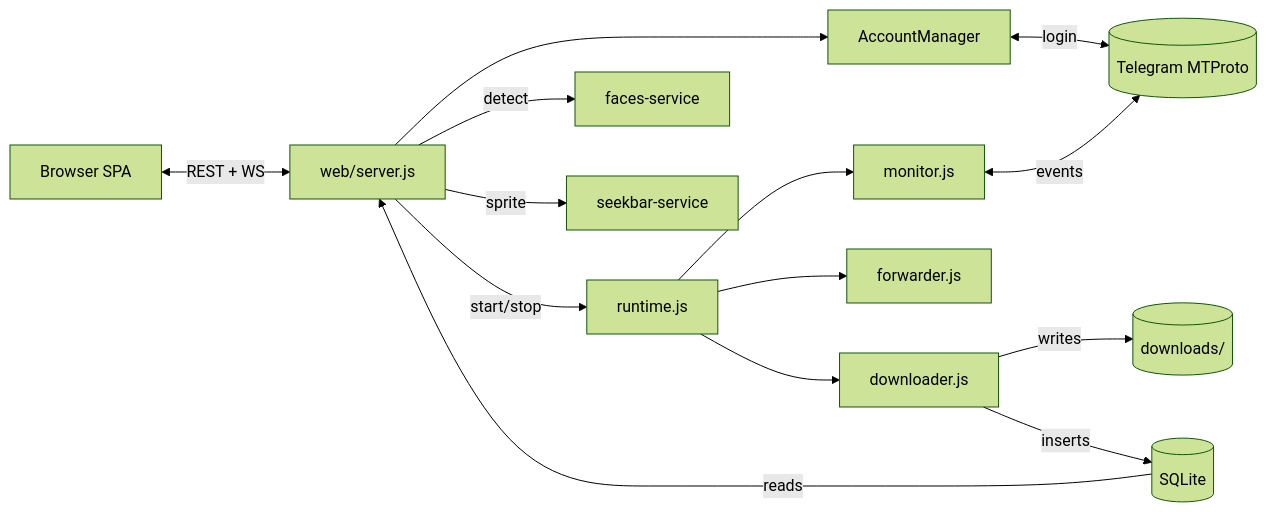
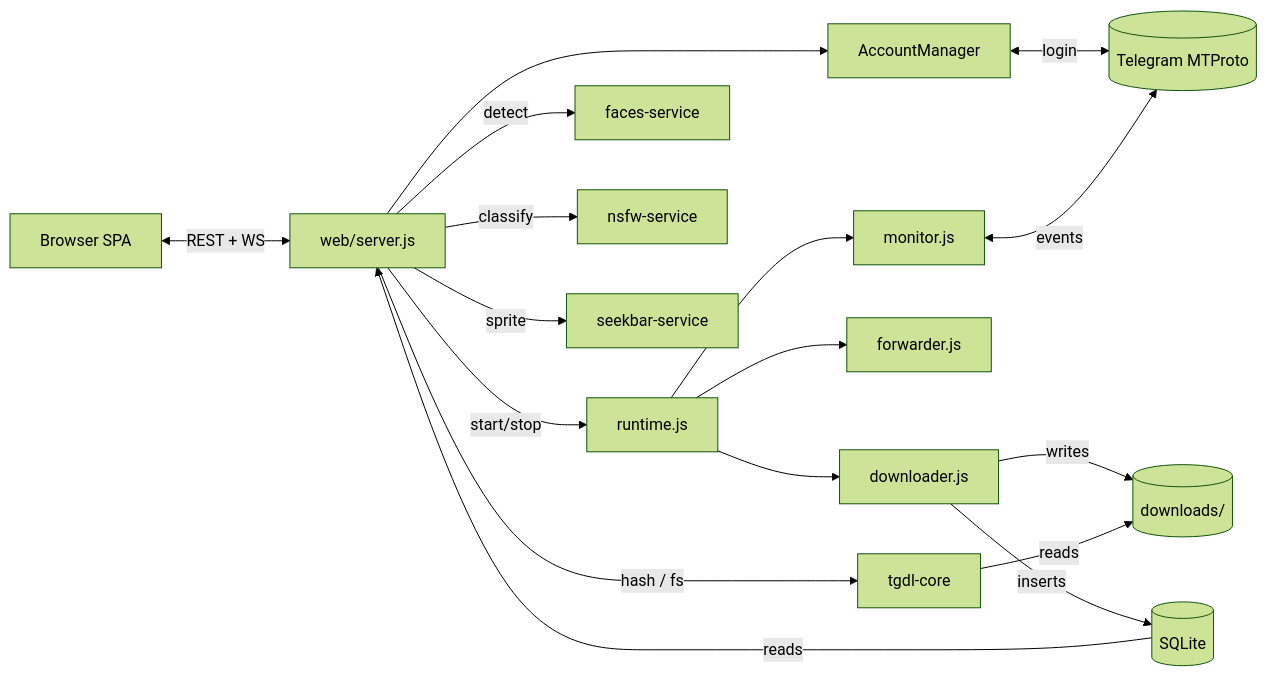
Before and after one commit to garyskk/telegram-media-downloader: the diagram in README.md, drawn with Mermaid (forest theme). The commit also changed other lines of this file and 500 other files, not shown here.

````diff
--- a/README.md
+++ b/README.md
@@ -180,27 +179,32 @@
 ```mermaid
 flowchart LR
     user[Browser SPA]
     server[web/server.js]
     runtime[runtime.js]
     monitor[monitor.js]
     downloader[downloader.js]
     forwarder[forwarder.js]
     am[AccountManager]
     db[(SQLite)]
     fs[(downloads/)]
     tg[(Telegram MTProto)]
     faces[faces-service]
+    nsfw[nsfw-service]
     seekbar[seekbar-service]
+    core[tgdl-core]
 
     user <-- REST + WS --> server
     server -- start/stop --> runtime
     runtime --> monitor & downloader & forwarder
     server --> am
     am <-- login --> tg
     monitor <-- events --> tg
     downloader -- writes --> fs
     downloader -- inserts --> db
     db -- reads --> server
     server -- detect --> faces
+    server -- classify --> nsfw
     server -- sprite --> seekbar
+    server -- hash / fs --> core
+    core -- reads --> fs
 ```
````
